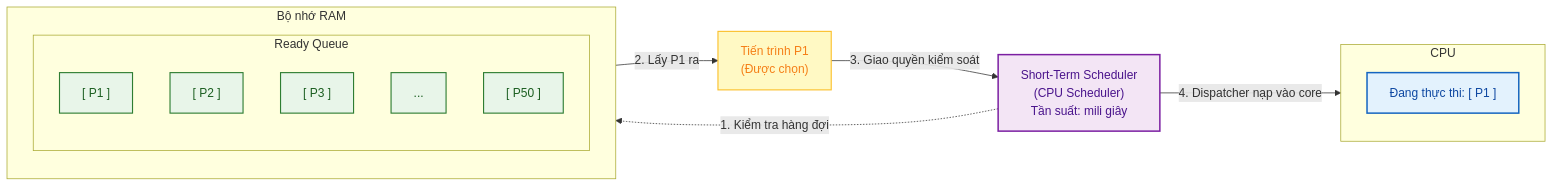
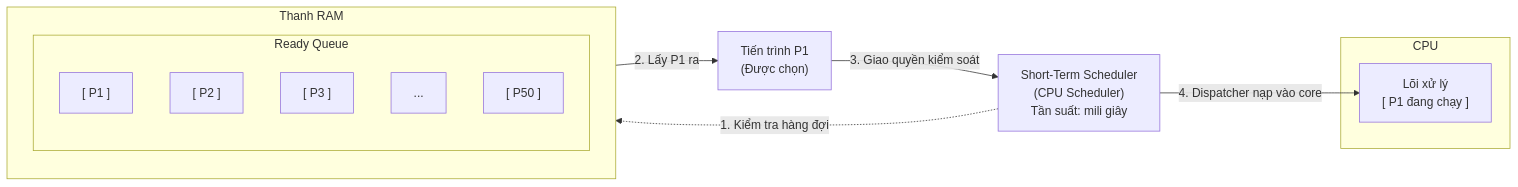
One commit to Duc-Lee/LLMserving_GPUoptimization changed the fifth of 5 diagrams in OperatingSystem/OS_scratch/Concepts_OS/Intro_OS/Lession3.md. Above: the diagram before and after it, drawn with Mermaid. The commit also changed other lines of this file and 2 other files, not shown here.

````diff
--- a/OperatingSystem/OS_scratch/Concepts_OS/Intro_OS/Lession3.md
+++ b/OperatingSystem/OS_scratch/Concepts_OS/Intro_OS/Lession3.md
@@ -142,32 +139,26 @@
 ```mermaid
 flowchart LR
-    classDef queueSlot fill:#e8f5e9,stroke:#2e7d32,stroke-width:1.5px,color:#1b5e20;
-    classDef schedStyle fill:#f3e5f5,stroke:#7b1fa2,stroke-width:2px,color:#4a148c;
-    classDef procStyle fill:#fff9c4,stroke:#fbc02d,stroke-width:1.5px,color:#f57f17;
-    classDef cpuStyle fill:#e3f2fd,stroke:#1565c0,stroke-width:2px,color:#0d47a1;
-
-    subgraph RAM_DEV ["Bộ nhớ RAM"]
+    subgraph RAM ["Thanh RAM"]
         direction TB
         subgraph RQ ["Ready Queue"]
             direction TB
-            P1_Q["[ P1 ]"]:::queueSlot
-            P2_Q["[ P2 ]"]:::queueSlot
-            P3_Q["[ P3 ]"]:::queueSlot
-            Pdots_Q["..."]:::queueSlot
-            P50_Q["[ P50 ]"]:::queueSlot
+            P1_Q["[ P1 ]"]
+            P2_Q["[ P2 ]"]
+            P3_Q["[ P3 ]"]
+            Pdots_Q["..."]
+            P50_Q["[ P50 ]"]
         end
     end
 
-    STS["Short-Term Scheduler<br/>(CPU Scheduler)<br/>Tần suất: mili giây"]:::schedStyle
-    PROC["Tiến trình P1<br/>(Được chọn)"]:::procStyle
-    
-    subgraph CPU_DEV ["CPU"]
-        direction TB
-        CPU_RUN["Đang thực thi: [ P1 ]"]:::cpuStyle
+    STS["Short-Term Scheduler<br/>(CPU Scheduler)<br/>Tần suất: mili giây"]
+    PROC["Tiến trình P1<br/>(Được chọn)"]
+
+    subgraph CPU ["CPU"]
+        CORE["Lõi xử lý<br/>[ P1 đang chạy ]"]
     end
 
     STS -. "1. Kiểm tra hàng đợi" .-> RQ
     RQ -->|"2. Lấy P1 ra"| PROC
     PROC -->|"3. Giao quyền kiểm soát"| STS
-    STS -->|"4. Dispatcher nạp vào core"| CPU_RUN
+    STS -->|"4. Dispatcher nạp vào core"| CORE
 ```
````
